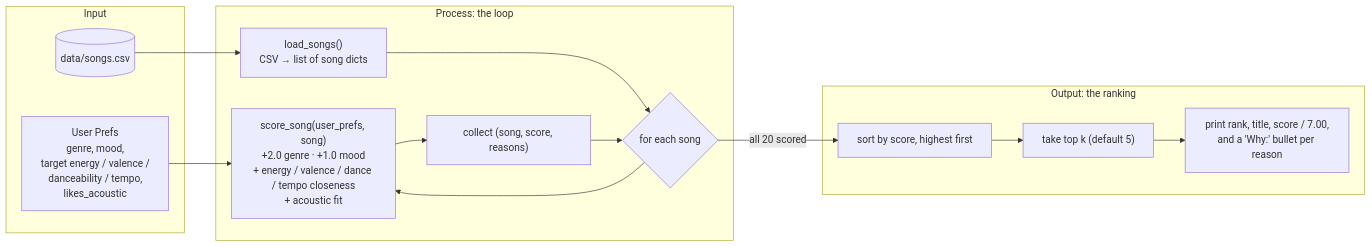
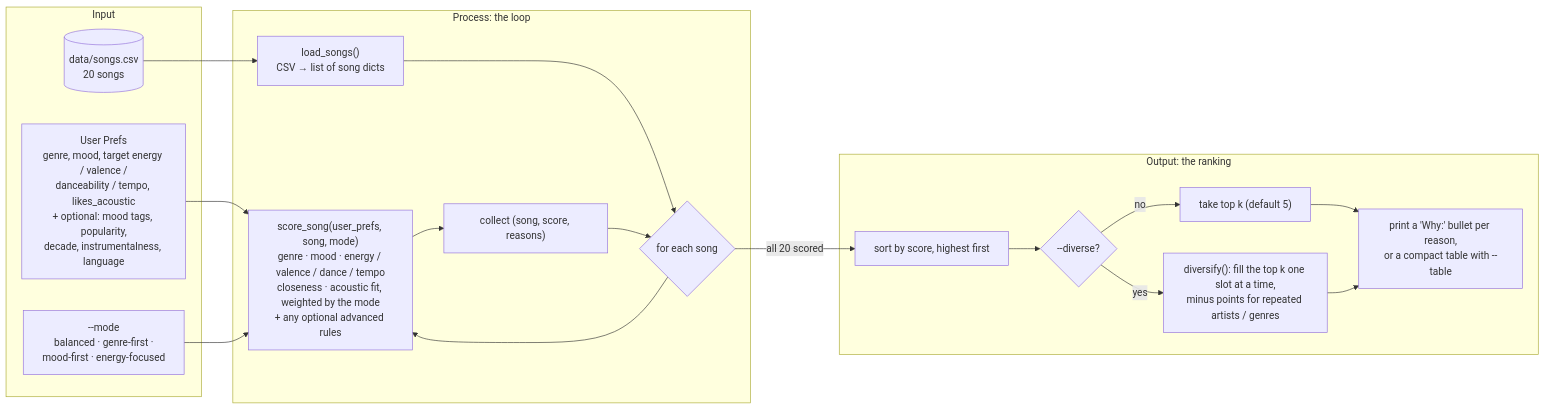
One commit to skuldshao/ai110-module3show-musicrecommendersimulation-starter changed the diagram in README.md. Above: the diagram before and after it, drawn with Mermaid. The commit also changed other lines of this file and 10 other files, not shown here.

````diff
--- a/README.md
+++ b/README.md
@@ -54,25 +77,31 @@
 ```mermaid
 flowchart LR
     subgraph Input
-        U["User Prefs<br/>genre, mood,<br/>target energy / valence /<br/>danceability / tempo,<br/>likes_acoustic"]
-        C[("data/songs.csv")]
+        U["User Prefs<br/>genre, mood, target energy / valence /<br/>danceability / tempo, likes_acoustic<br/>+ optional: mood tags, popularity,<br/>decade, instrumentalness, language"]
+        C[("data/songs.csv<br/>20 songs")]
+        M["--mode<br/>balanced · genre-first ·<br/>mood-first · energy-focused"]
     end
 
     subgraph Process["Process: the loop"]
         L["load_songs()<br/>CSV → list of song dicts"]
         F{"for each song"}
-        S["score_song(user_prefs, song)<br/>+2.0 genre · +1.0 mood<br/>+ energy / valence / dance / tempo closeness<br/>+ acoustic fit"]
+        S["score_song(user_prefs, song, mode)<br/>genre · mood · energy / valence / dance / tempo<br/>closeness · acoustic fit, weighted by the mode<br/>+ any optional advanced rules"]
         R["collect (song, score, reasons)"]
     end
 
     subgraph Output["Output: the ranking"]
         O["sort by score, highest first"]
+        D{"--diverse?"}
         K["take top k (default 5)"]
-        P["print rank, title, score / 7.00,<br/>and a 'Why:' bullet per reason"]
+        V["diversify(): fill the top k one slot at a time,<br/>minus points for repeated artists / genres"]
+        P["print a 'Why:' bullet per reason,<br/>or a compact table with --table"]
     end
 
     C --> L --> F
     U --> S
+    M --> S
     F --> S --> R --> F
-    F -- "all 20 scored" --> O --> K --> P
+    F -- "all 20 scored" --> O --> D
+    D -- "no" --> K --> P
+    D -- "yes" --> V --> P
 ```
````
